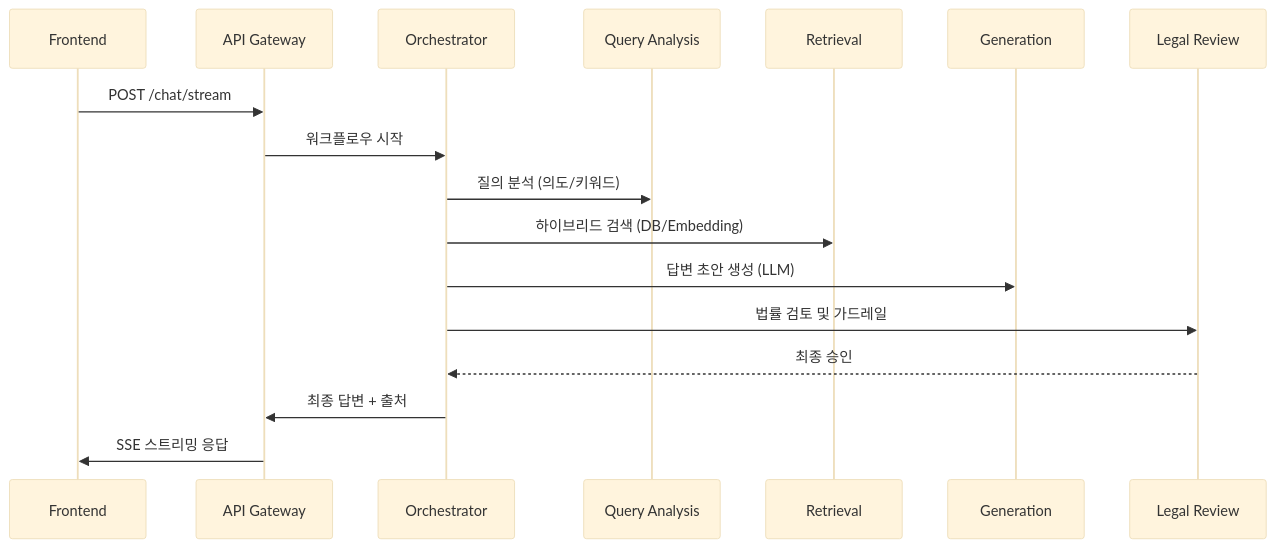
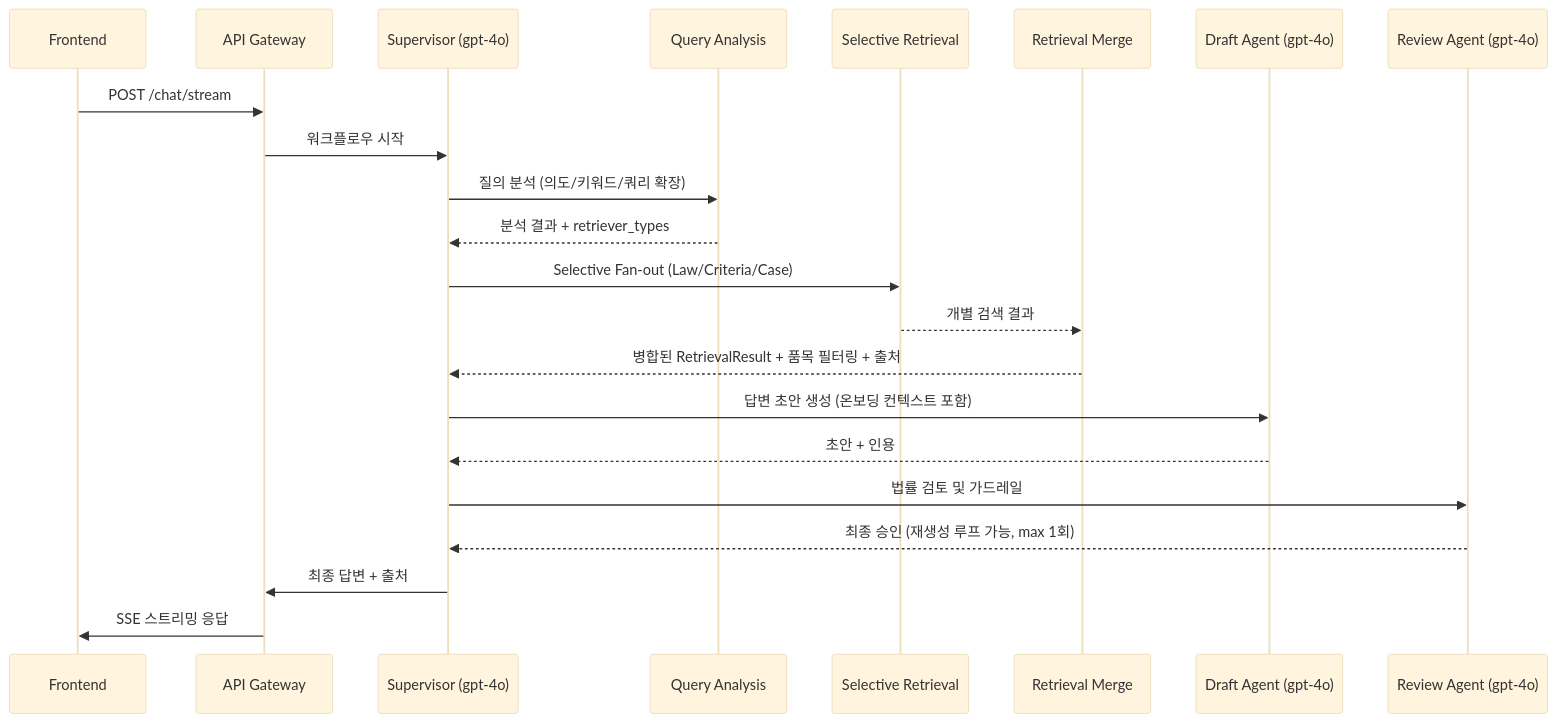
The second of 2 diagrams in README.md (SKN19-FINAL-5team/LLM), drawn with Mermaid (base theme) before and after one commit. The commit also changed other lines of this file and 340 other files, not shown here.

````diff
--- a/README.md
+++ b/README.md
@@ -137,20 +167,25 @@
 ```mermaid
 sequenceDiagram
     participant FE as Frontend
     participant API as API Gateway
-    participant Orch as Orchestrator
+    participant SUP as Supervisor (gpt-4o)
     participant QA as Query Analysis
-    participant IR as Retrieval
-    participant AG as Generation
-    participant LR as Legal Review
-    
+    participant IR as Selective Retrieval
+    participant MG as Retrieval Merge
+    participant AG as Draft Agent (gpt-4o)
+    participant LR as Review Agent (gpt-4o)
+
     FE->>API: POST /chat/stream
-    API->>Orch: 워크플로우 시작
-    Orch->>QA: 질의 분석 (의도/키워드)
-    Orch->>IR: 하이브리드 검색 (DB/Embedding)
-    Orch->>AG: 답변 초안 생성 (LLM)
-    Orch->>LR: 법률 검토 및 가드레일
-    LR-->>Orch: 최종 승인
-    Orch->>API: 최종 답변 + 출처
+    API->>SUP: 워크플로우 시작
+    SUP->>QA: 질의 분석 (의도/키워드/쿼리 확장)
+    QA-->>SUP: 분석 결과 + retriever_types
+    SUP->>IR: Selective Fan-out (Law/Criteria/Case)
+    IR-->>MG: 개별 검색 결과
+    MG-->>SUP: 병합된 RetrievalResult + 품목 필터링 + 출처
+    SUP->>AG: 답변 초안 생성 (온보딩 컨텍스트 포함)
+    AG-->>SUP: 초안 + 인용
+    SUP->>LR: 법률 검토 및 가드레일
+    LR-->>SUP: 최종 승인 (재생성 루프 가능, max 1회)
+    SUP->>API: 최종 답변 + 출처
     API->>FE: SSE 스트리밍 응답
 ```
````
